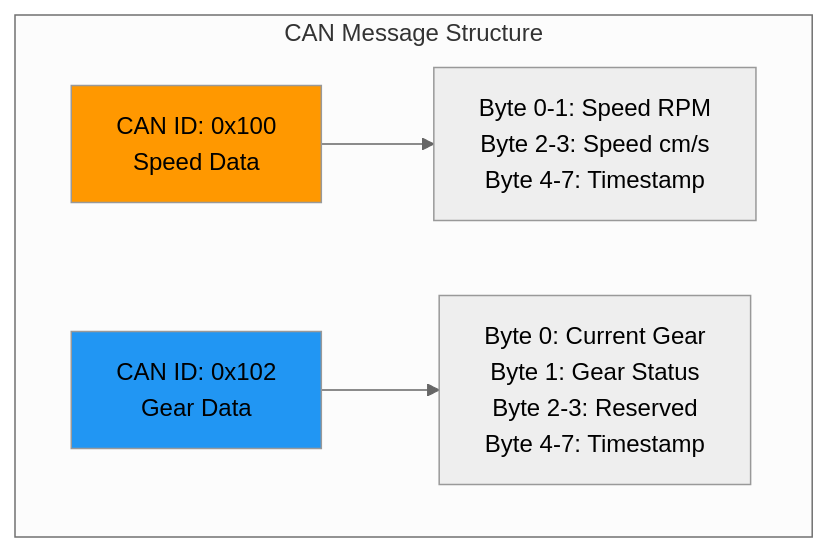
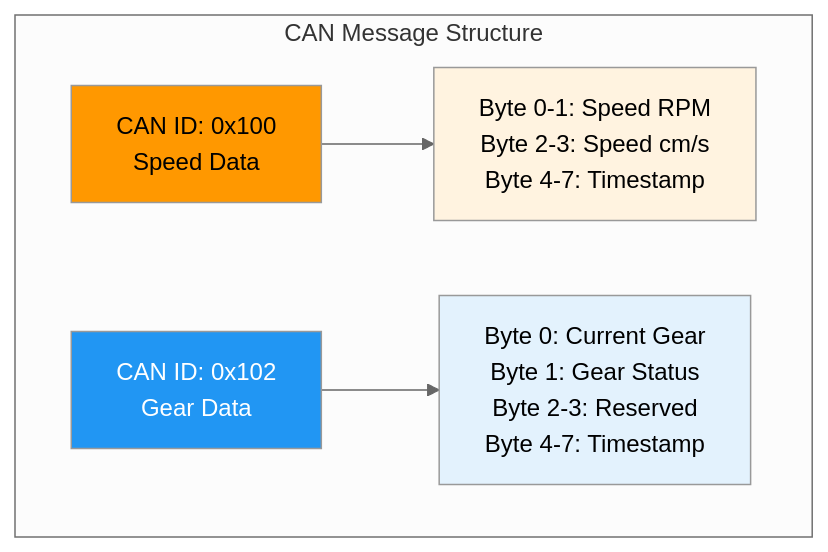
The sixth of 7 diagrams in README.md (saicharansathyam/Instrument-Cluster), drawn with Mermaid (neutral theme) before and after one commit. The commit also changed other lines of this file, not shown here.

````diff
--- a/README.md
+++ b/README.md
@@ -133,11 +140,13 @@
 ```mermaid
 graph TD
     subgraph "CAN Message Structure"
         A[CAN ID: 0x100<br/>Speed Data] --> B[Byte 0-1: Speed RPM<br/>Byte 2-3: Speed cm/s<br/>Byte 4-7: Timestamp]
         
         C[CAN ID: 0x102<br/>Gear Data] --> D[Byte 0: Current Gear<br/>Byte 1: Gear Status<br/>Byte 2-3: Reserved<br/>Byte 4-7: Timestamp]
     end
     
-    style A fill:#ff9800
-    style C fill:#2196f3
+    style A fill:#ff9800,color:#000
+    style C fill:#2196f3,color:#fff
+    style B fill:#fff3e0,color:#000
+    style D fill:#e3f2fd,color:#000
 ```
````
